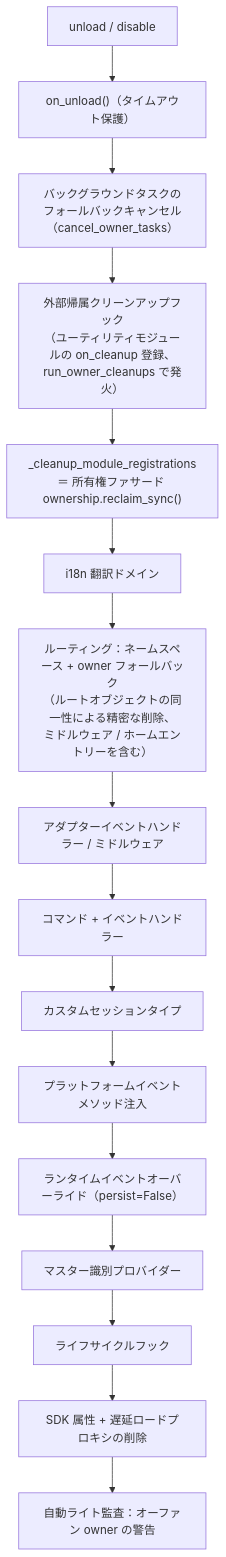
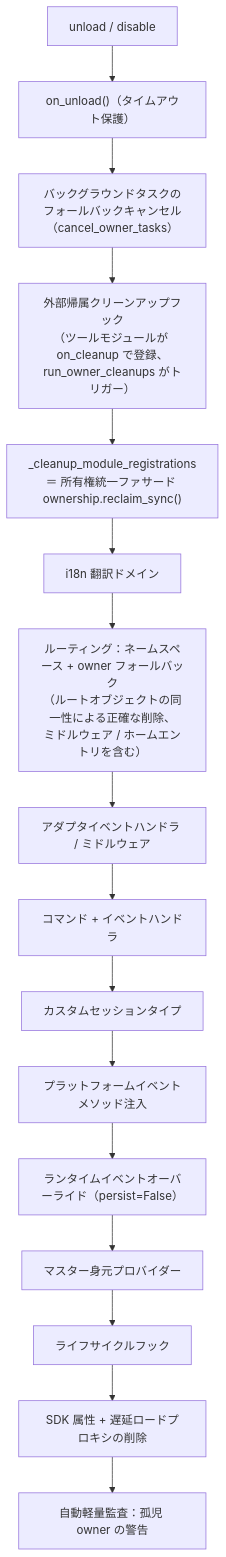
One commit to ErisPulse/ErisPulse changed the diagram in docs/ja/advanced/ownership.md. Above: the diagram before and after it, drawn with Mermaid. The commit also changed other lines of this file and 194 other files, not shown here.

````diff
--- a/docs/ja/advanced/ownership.md
+++ b/docs/ja/advanced/ownership.md
@@ -94,18 +94,18 @@
 ```mermaid
 flowchart TD
     A["unload / disable"] --> B["on_unload()（タイムアウト保護）"]
     B --> C["バックグラウンドタスクのフォールバックキャンセル（cancel_owner_tasks）"]
-    C --> C1["外部帰属クリーンアップフック<br/>（ユーティリティモジュールの on_cleanup 登録、run_owner_cleanups で発火）"]
-    C1 --> D["_cleanup_module_registrations<br/>＝ 所有権ファサード ownership.reclaim_sync()"]
+    C --> C1["外部帰属クリーンアップフック<br/>（ツールモジュールが on_cleanup で登録、run_owner_cleanups がトリガー）"]
+    C1 --> D["_cleanup_module_registrations<br/>＝ 所有権統一ファサード ownership.reclaim_sync()"]
     D --> D1["i18n 翻訳ドメイン"]
-    D1 --> D2["ルーティング：ネームスペース + owner フォールバック<br/>（ルートオブジェクトの同一性による精密な削除、<br/>ミドルウェア / ホームエントリーを含む）"]
-    D2 --> D3["アダプターイベントハンドラー / ミドルウェア"]
-    D3 --> D4["コマンド + イベントハンドラー"]
+    D1 --> D2["ルーティング：ネームスペース + owner フォールバック<br/>（ルートオブジェクトの同一性による正確な削除、<br/>ミドルウェア / ホームエントリを含む）"]
+    D2 --> D3["アダプタイベントハンドラ / ミドルウェア"]
+    D3 --> D4["コマンド + イベントハンドラ"]
     D4 --> D5["カスタムセッションタイプ"]
     D5 --> D5b["プラットフォームイベントメソッド注入"]
     D5b --> D6["ランタイムイベントオーバーライド（persist=False）"]
-    D6 --> D7["マスター識別プロバイダー"]
+    D6 --> D7["マスター身元プロバイダー"]
     D7 --> D8["ライフサイクルフック"]
     D8 --> E["SDK 属性 + 遅延ロードプロキシの削除"]
-    E --> F["自動ライト監査：オーファン owner の警告"]
+    E --> F["自動軽量監査：孤児 owner の警告"]
 ```
````
